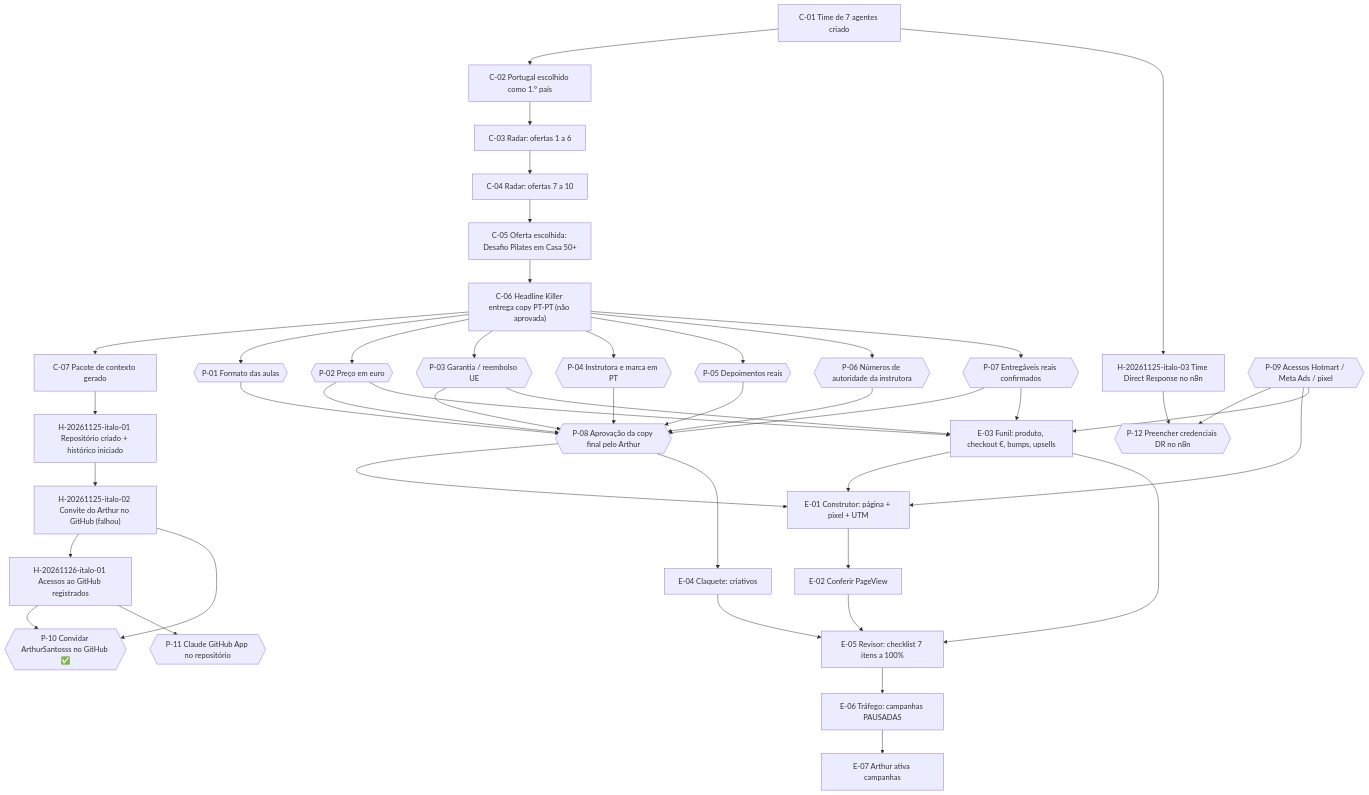
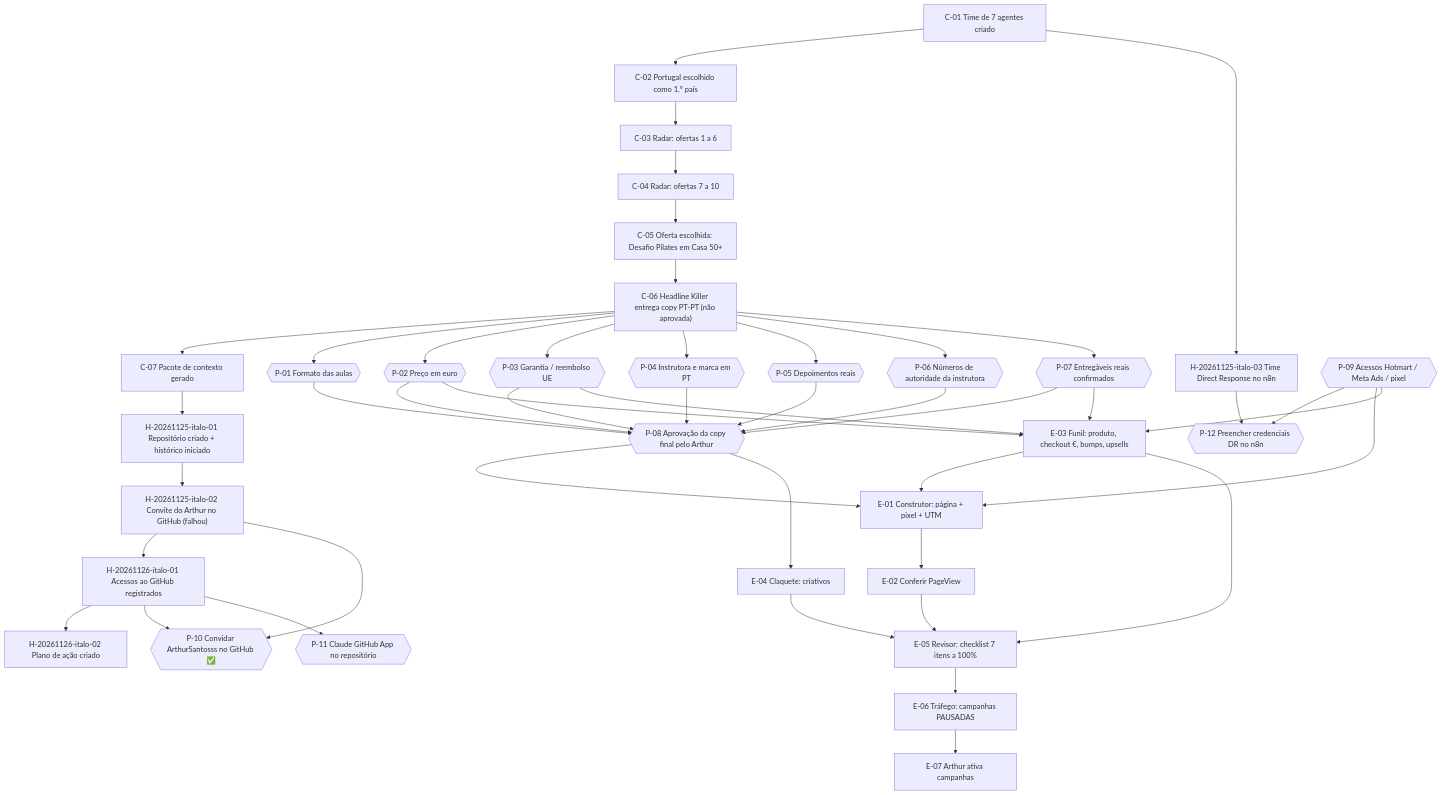
One commit to italoxdemelo/direct-response changed the diagram in historico/MAPA-DEPENDENCIAS.md. Above: the diagram before and after it, drawn with Mermaid. The commit also changed other lines of this file, not shown here.

Commit message:
H-20261126-italo-02: atualizar mapa com o plano de ação
Claude-Session: https://claude.ai/code/session_01J5UiY2Xj2NYG7u3XtYhuLL

````diff
--- a/historico/MAPA-DEPENDENCIAS.md
+++ b/historico/MAPA-DEPENDENCIAS.md
@@ -20,62 +20,63 @@
 ```mermaid
 flowchart TD
   %% Contexto original (25/11/2026, antes do repositório)
   C01["C-01 Time de 7 agentes criado"]
   C02["C-02 Portugal escolhido como 1.º país"]
   C03["C-03 Radar: ofertas 1 a 6"]
   C04["C-04 Radar: ofertas 7 a 10"]
   C05["C-05 Oferta escolhida: Desafio Pilates em Casa 50+"]
   C06["C-06 Headline Killer entrega copy PT-PT (não aprovada)"]
   C07["C-07 Pacote de contexto gerado"]
 
   C01 --> C02 --> C03 --> C04 --> C05 --> C06 --> C07
 
   %% Repositório
   H01["H-20261125-italo-01 Repositório criado + histórico iniciado"]
   C07 --> H01
   H02["H-20261125-italo-02 Convite do Arthur no GitHub (falhou)"]
   H03["H-20261125-italo-03 Time Direct Response no n8n"]
   H04["H-20261126-italo-01 Acessos ao GitHub registrados"]
-  H01 --> H02 --> H04
+  H05["H-20261126-italo-02 Plano de ação criado"]
+  H01 --> H02 --> H04 --> H05
   C01 --> H03
 
   %% Pendências abertas
   P01{{"P-01 Formato das aulas"}}
   P02{{"P-02 Preço em euro"}}
   P03{{"P-03 Garantia / reembolso UE"}}
   P04{{"P-04 Instrutora e marca em PT"}}
   P05{{"P-05 Depoimentos reais"}}
   P06{{"P-06 Números de autoridade da instrutora"}}
   P07{{"P-07 Entregáveis reais confirmados"}}
   P08{{"P-08 Aprovação da copy final pelo Arthur"}}
   P09{{"P-09 Acessos Hotmart / Meta Ads / pixel"}}
   P10{{"P-10 Convidar ArthurSantosss no GitHub ✅"}}
   P11{{"P-11 Claude GitHub App no repositório"}}
   P12{{"P-12 Preencher credenciais DR no n8n"}}
   H02 --> P10
   H04 --> P10
   H04 --> P11
   H03 --> P12
   P09 --> P12
 
   C06 --> P01 & P02 & P03 & P04 & P05 & P06 & P07
   P01 & P02 & P03 & P04 & P05 & P06 & P07 --> P08
 
   %% Etapas futuras do fluxo
   E01["E-01 Construtor: página + pixel + UTM"]
   E02["E-02 Conferir PageView"]
   E03["E-03 Funil: produto, checkout €, bumps, upsells"]
   E04["E-04 Claquete: criativos"]
   E05["E-05 Revisor: checklist 7 itens a 100%"]
   E06["E-06 Tráfego: campanhas PAUSADAS"]
   E07["E-07 Arthur ativa campanhas"]
 
   P08 --> E01
   P09 --> E01
   P02 & P03 & P07 & P09 --> E03
   P08 --> E04
   E01 --> E02
   E03 --> E01
   E02 & E03 & E04 --> E05
   E05 --> E06 --> E07
 ```
````
